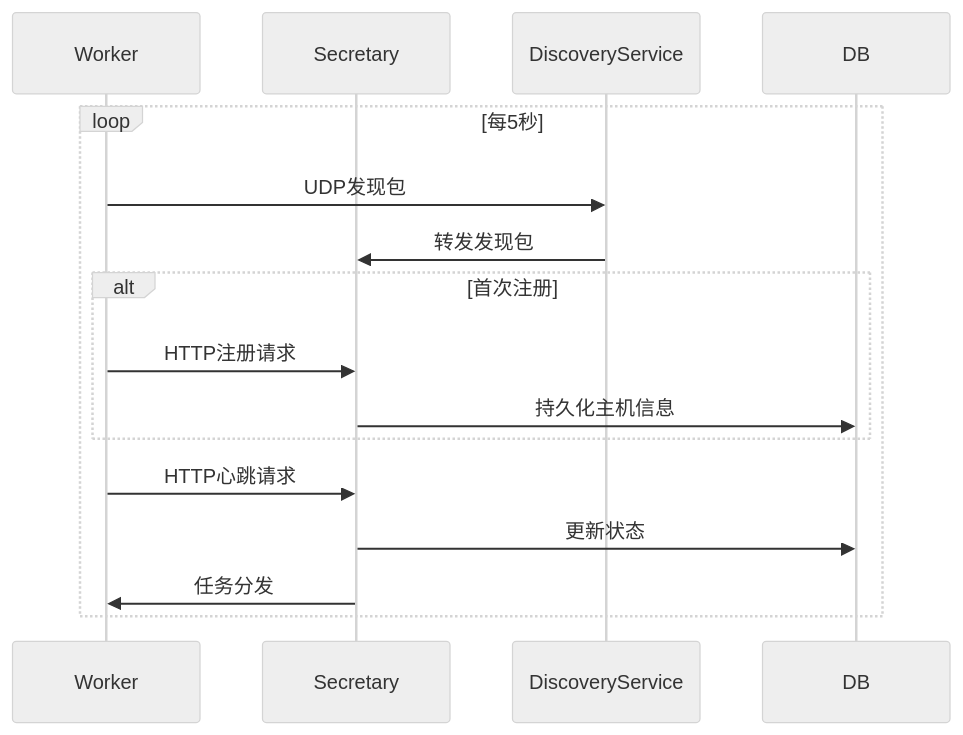
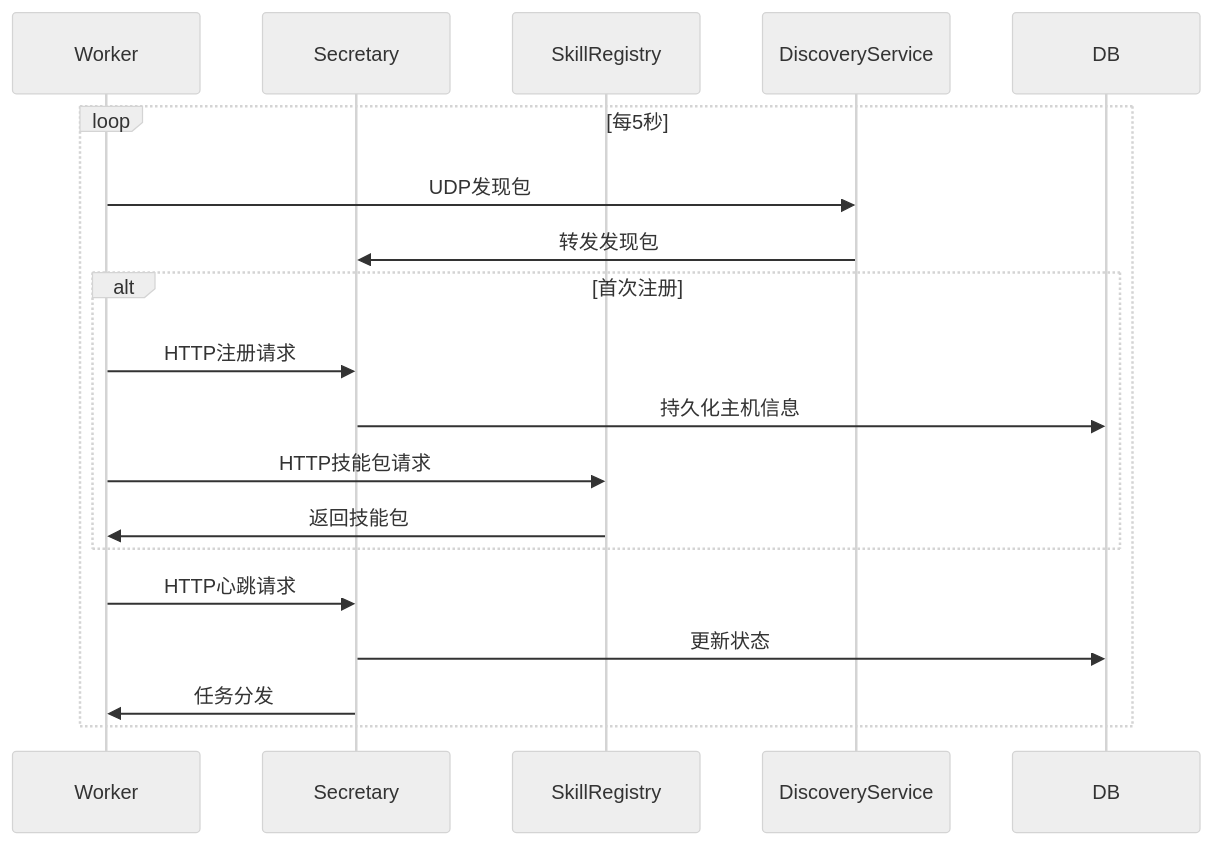
One commit to targalian/Personal-distributed-workstation changed diagram 11 of 16 in .qoder/repowiki/zh/content/核心模块/工作站管理模块.md. Above: the diagram before and after it, drawn with Mermaid (neutral theme). The commit also changed other lines of this file and 92 other files, not shown here.

````diff
--- a/.qoder/repowiki/zh/content/核心模块/工作站管理模块.md
+++ b/.qoder/repowiki/zh/content/核心模块/工作站管理模块.md
@@ -489,17 +581,20 @@
 ```mermaid
 sequenceDiagram
 participant W as Worker
 participant S as Secretary
+participant SR as SkillRegistry
 participant D as DiscoveryService
 loop 每5秒
 W->>D : UDP发现包
 D->>S : 转发发现包
 alt 首次注册
 W->>S : HTTP注册请求
 S->>DB : 持久化主机信息
+W->>SR : HTTP技能包请求
+SR->>W : 返回技能包
 end
 W->>S : HTTP心跳请求
 S->>DB : 更新状态
 S->>W : 任务分发
 end
 ```
````
